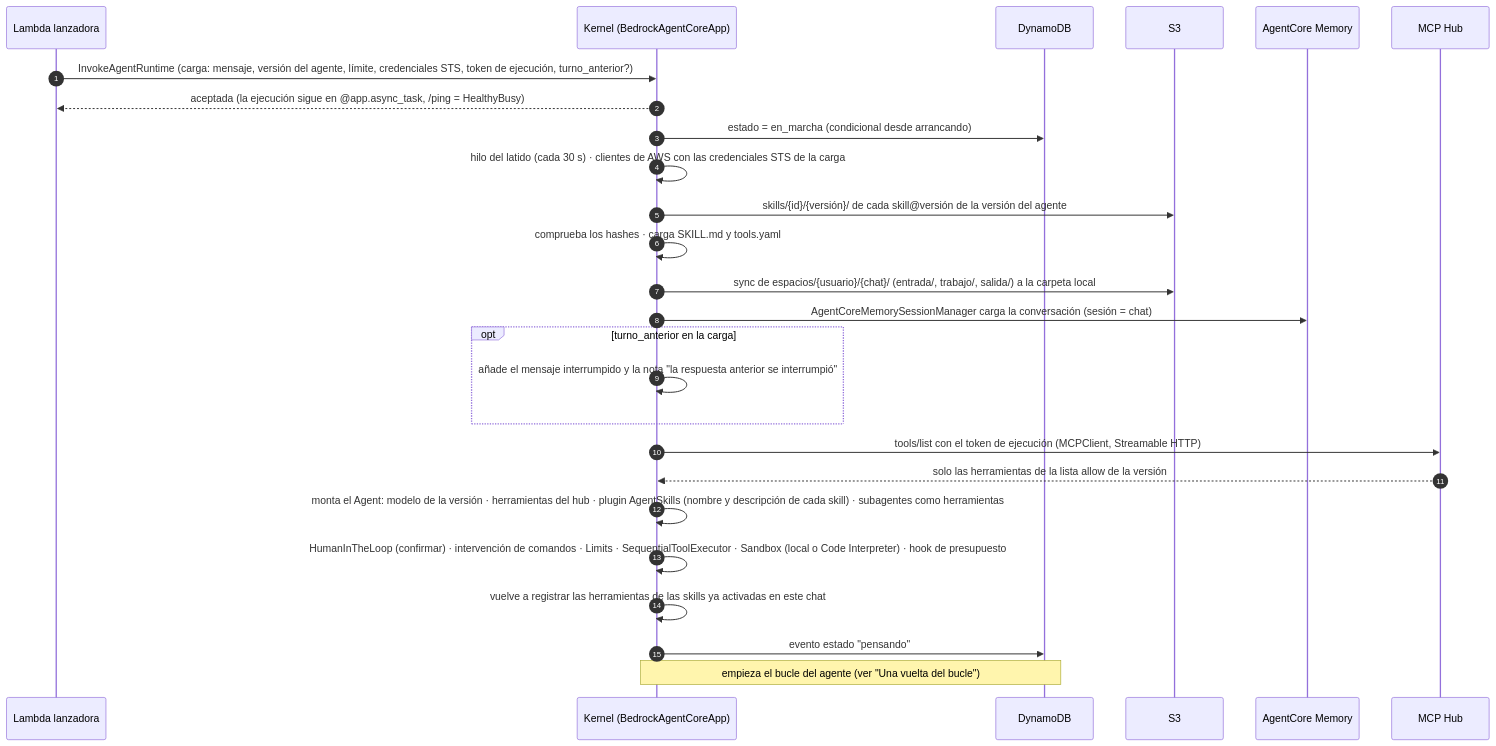
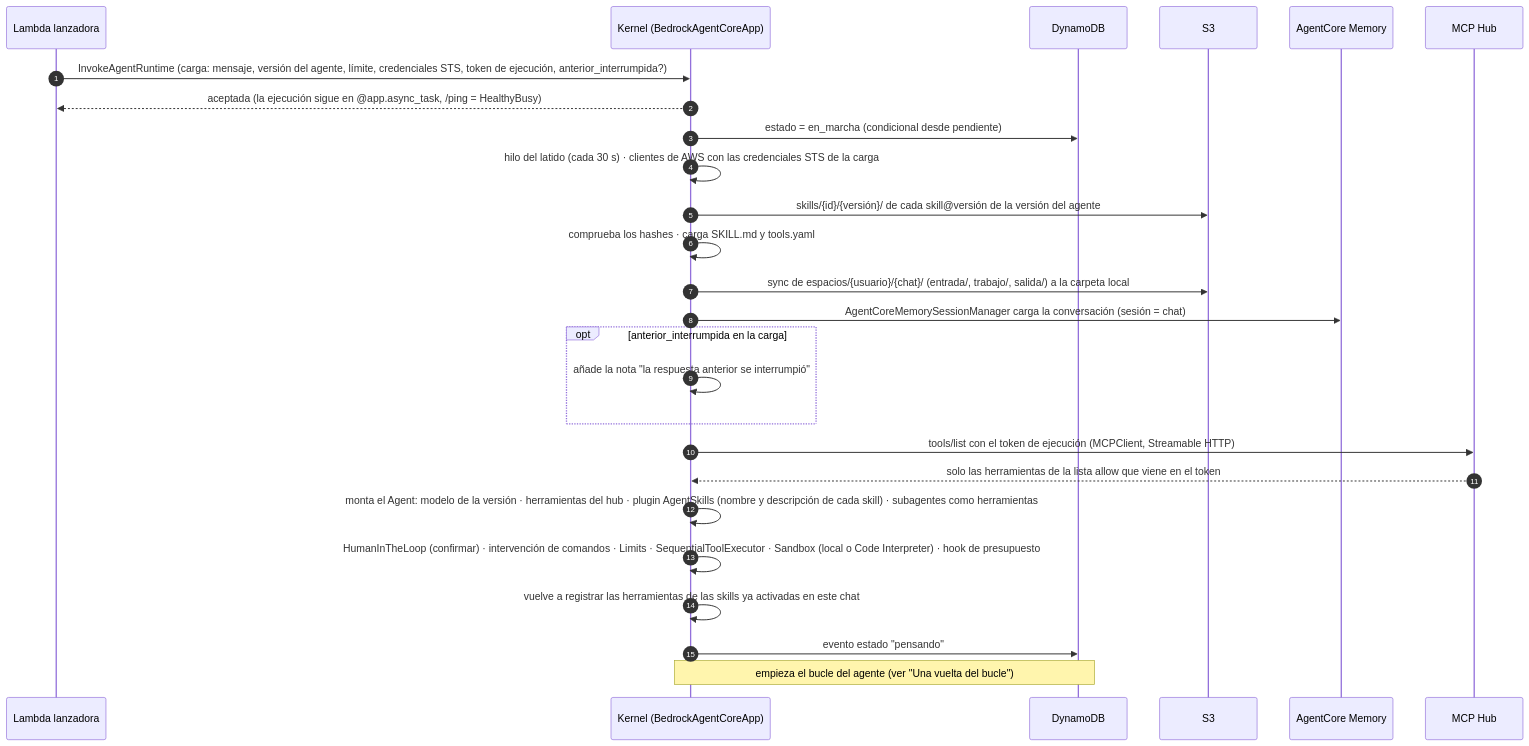
Before and after one commit to ikermendi/sample-agent-platform-with-agentcore: the second of 7 diagrams in docs/arquitectura-agentes.md, drawn with Mermaid. The commit also changed other lines of this file, not shown here.

First line of the commit message:
docs: simplificaciones de eficiencia (run_id como idempotencia, sin estado arrancando, allow en el token, catálogo como código, borrado por la vigilante, Limits por subagente, aprobaciones sin hash)

````diff
--- a/docs/arquitectura-agentes.md
+++ b/docs/arquitectura-agentes.md
@@ -372,29 +371,29 @@
 ```mermaid
 sequenceDiagram
   autonumber
   participant L as Lambda lanzadora
   participant K as Kernel (BedrockAgentCoreApp)
   participant D as DynamoDB
   participant S3 as S3
   participant M as AgentCore Memory
   participant H as MCP Hub
 
-  L->>K: InvokeAgentRuntime (carga: mensaje, versión del agente, límite, credenciales STS, token de ejecución, turno_anterior?)
+  L->>K: InvokeAgentRuntime (carga: mensaje, versión del agente, límite, credenciales STS, token de ejecución, anterior_interrumpida?)
   K-->>L: aceptada (la ejecución sigue en @app.async_task, /ping = HealthyBusy)
-  K->>D: estado = en_marcha (condicional desde arrancando)
+  K->>D: estado = en_marcha (condicional desde pendiente)
   K->>K: hilo del latido (cada 30 s) · clientes de AWS con las credenciales STS de la carga
   K->>S3: skills/{id}/{versión}/ de cada skill@versión de la versión del agente
   K->>K: comprueba los hashes · carga SKILL.md y tools.yaml
   K->>S3: sync de espacios/{usuario}/{chat}/ (entrada/, trabajo/, salida/) a la carpeta local
   K->>M: AgentCoreMemorySessionManager carga la conversación (sesión = chat)
-  opt turno_anterior en la carga
-    K->>K: añade el mensaje interrumpido y la nota "la respuesta anterior se interrumpió"
+  opt anterior_interrumpida en la carga
+    K->>K: añade la nota "la respuesta anterior se interrumpió"
   end
   K->>H: tools/list con el token de ejecución (MCPClient, Streamable HTTP)
-  H-->>K: solo las herramientas de la lista allow de la versión
+  H-->>K: solo las herramientas de la lista allow que viene en el token
   K->>K: monta el Agent: modelo de la versión · herramientas del hub · plugin AgentSkills (nombre y descripción de cada skill) · subagentes como herramientas
   K->>K: HumanInTheLoop (confirmar) · intervención de comandos · Limits · SequentialToolExecutor · Sandbox (local o Code Interpreter) · hook de presupuesto
   K->>K: vuelve a registrar las herramientas de las skills ya activadas en este chat
   K->>D: evento estado "pensando"
   Note over K,D: empieza el bucle del agente (ver "Una vuelta del bucle")
 ```
````
